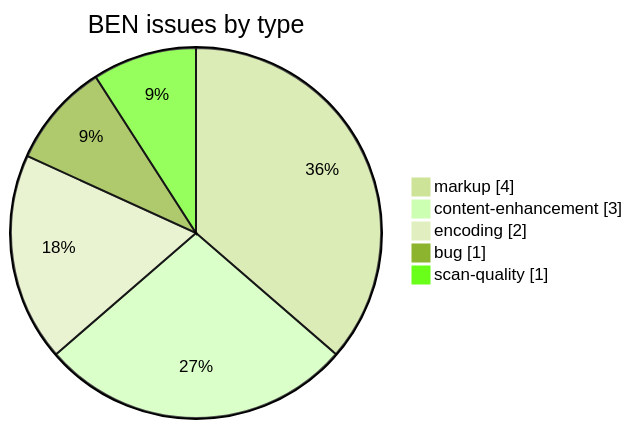
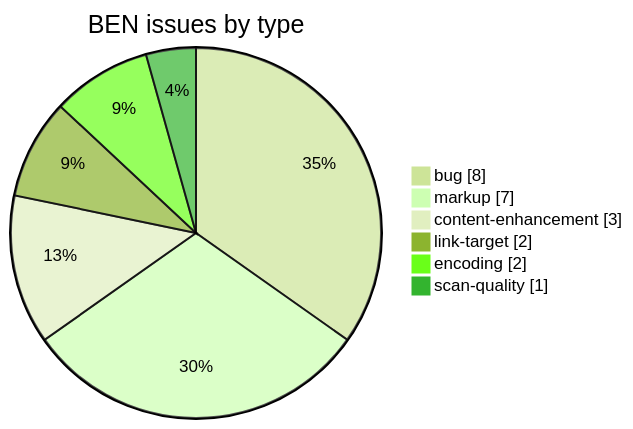
Before and after one commit to sanskrit-lexicon/BEN: the second of 3 diagrams in README.md, drawn with Mermaid (forest theme). The commit also changed other lines of this file, not shown here.

````diff
--- a/README.md
+++ b/README.md
@@ -53,9 +60,10 @@
 ```mermaid
 pie showData
   title BEN issues by type
-  "markup" : 4
+  "bug" : 8
+  "markup" : 7
   "content-enhancement" : 3
+  "link-target" : 2
   "encoding" : 2
-  "bug" : 1
   "scan-quality" : 1
 ```
````
